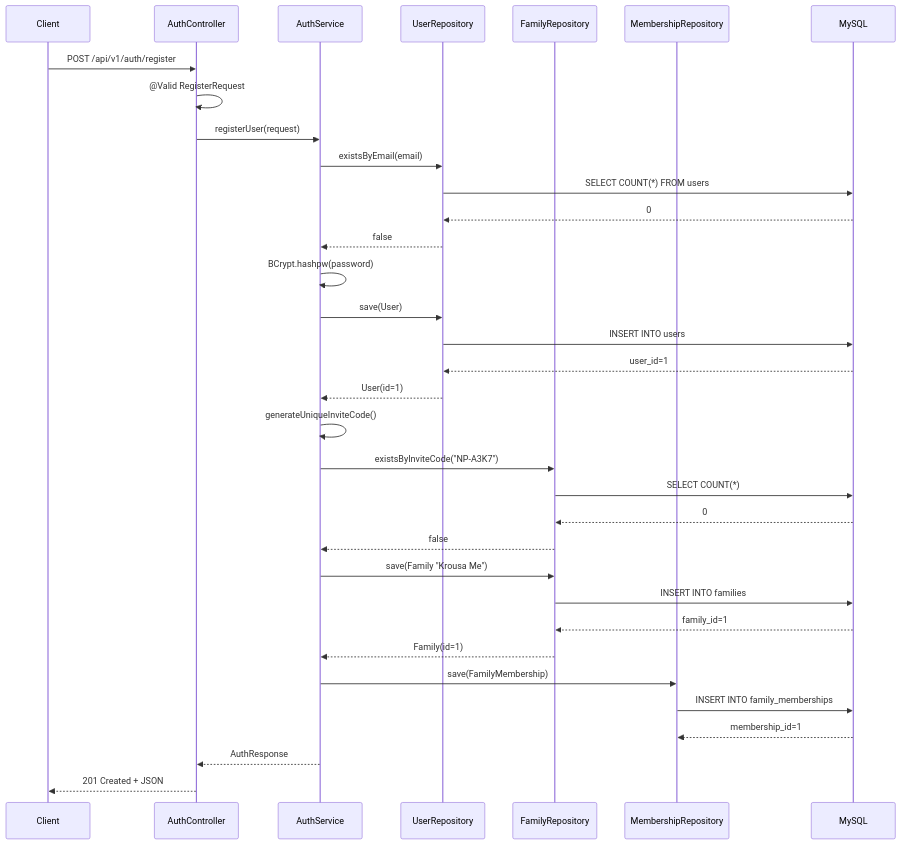
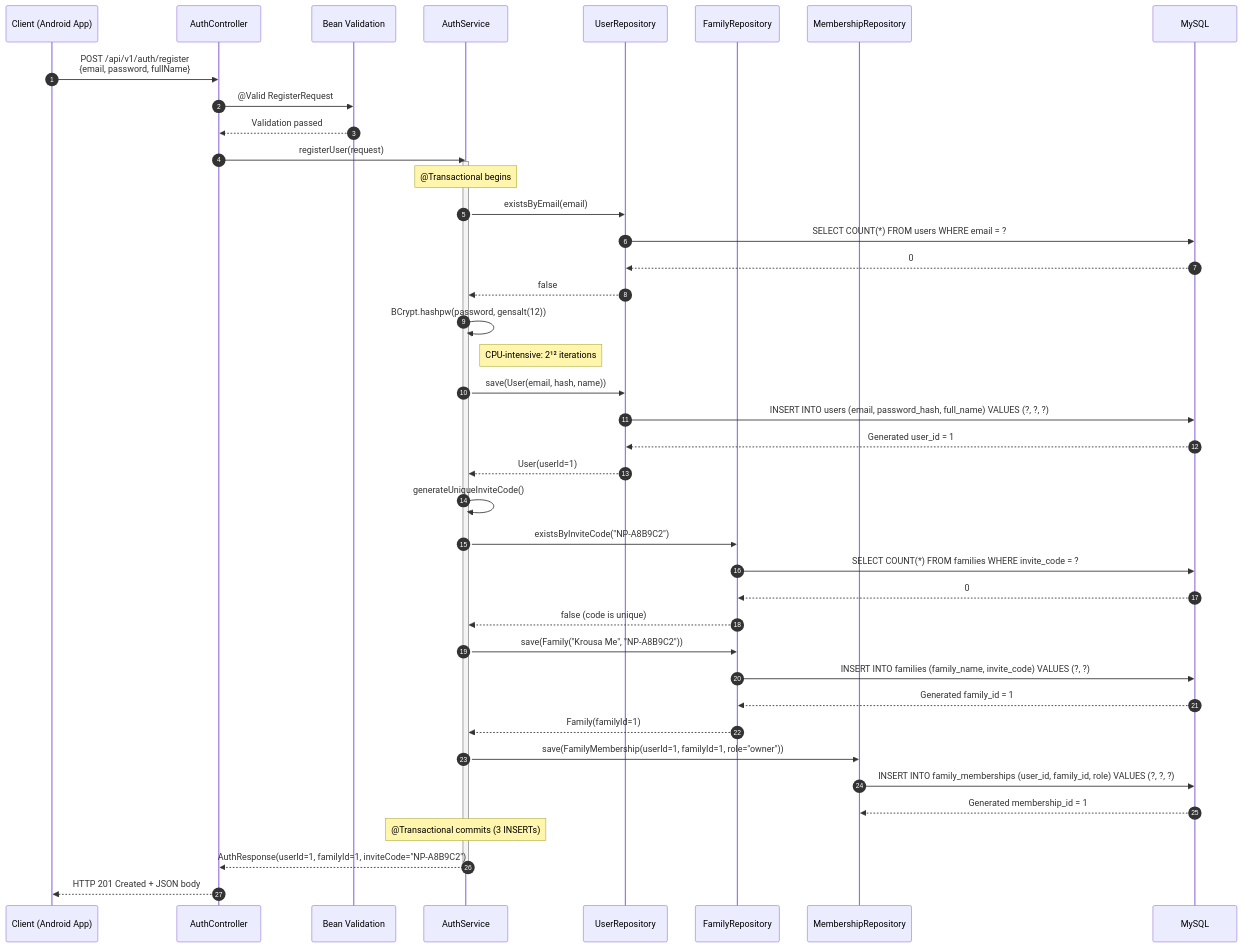
Before and after one commit to thangsaoly/nakpom-backend: the fifth of 7 diagrams in docs/uml-diagrams.md, drawn with Mermaid. The commit also changed other lines of this file and 1 other file, not shown here.

Commit message:
Rewrite UML diagrams: Use Case, Activity, Class, and Sequence with detailed descriptions

````diff
--- a/docs/uml-diagrams.md
+++ b/docs/uml-diagrams.md
@@ -178,44 +358,53 @@
 ```mermaid
 sequenceDiagram
-    participant C as Client
+    autonumber
+    participant C as Client (Android App)
     participant AC as AuthController
+    participant V as Bean Validation
     participant AS as AuthService
     participant UR as UserRepository
     participant FR as FamilyRepository
     participant MR as MembershipRepository
     participant DB as MySQL
 
-    C->>AC: POST /api/v1/auth/register
-    AC->>AC: @Valid RegisterRequest
+    C->>AC: POST /api/v1/auth/register<br/>{email, password, fullName}
+    AC->>V: @Valid RegisterRequest
+    V-->>AC: Validation passed
+
     AC->>AS: registerUser(request)
+    activate AS
+    Note over AS: @Transactional begins
 
     AS->>UR: existsByEmail(email)
-    UR->>DB: SELECT COUNT(*) FROM users
+    UR->>DB: SELECT COUNT(*) FROM users WHERE email = ?
     DB-->>UR: 0
     UR-->>AS: false
 
-    AS->>AS: BCrypt.hashpw(password)
+    AS->>AS: BCrypt.hashpw(password, gensalt(12))
+    Note right of AS: CPU-intensive: 2¹² iterations
 
-    AS->>UR: save(User)
-    UR->>DB: INSERT INTO users
-    DB-->>UR: user_id=1
-    UR-->>AS: User(id=1)
+    AS->>UR: save(User(email, hash, name))
+    UR->>DB: INSERT INTO users (email, password_hash, full_name) VALUES (?, ?, ?)
+    DB-->>UR: Generated user_id = 1
+    UR-->>AS: User(userId=1)
 
     AS->>AS: generateUniqueInviteCode()
-    AS->>FR: existsByInviteCode("NP-A3K7")
-    FR->>DB: SELECT COUNT(*)
+    AS->>FR: existsByInviteCode("NP-A8B9C2")
+    FR->>DB: SELECT COUNT(*) FROM families WHERE invite_code = ?
     DB-->>FR: 0
-    FR-->>AS: false
+    FR-->>AS: false (code is unique)
 
-    AS->>FR: save(Family "Krousa Me")
-    FR->>DB: INSERT INTO families
-    DB-->>FR: family_id=1
-    FR-->>AS: Family(id=1)
+    AS->>FR: save(Family("Krousa Me", "NP-A8B9C2"))
+    FR->>DB: INSERT INTO families (family_name, invite_code) VALUES (?, ?)
+    DB-->>FR: Generated family_id = 1
+    FR-->>AS: Family(familyId=1)
 
-    AS->>MR: save(FamilyMembership)
-    MR->>DB: INSERT INTO family_memberships
-    DB-->>MR: membership_id=1
+    AS->>MR: save(FamilyMembership(userId=1, familyId=1, role="owner"))
+    MR->>DB: INSERT INTO family_memberships (user_id, family_id, role) VALUES (?, ?, ?)
+    DB-->>MR: Generated membership_id = 1
 
-    AS-->>AC: AuthResponse
-    AC-->>C: 201 Created + JSON
+    Note over AS: @Transactional commits (3 INSERTs)
+    AS-->>AC: AuthResponse(userId=1, familyId=1, inviteCode="NP-A8B9C2")
+    deactivate AS
+    AC-->>C: HTTP 201 Created + JSON body
 ```
````
